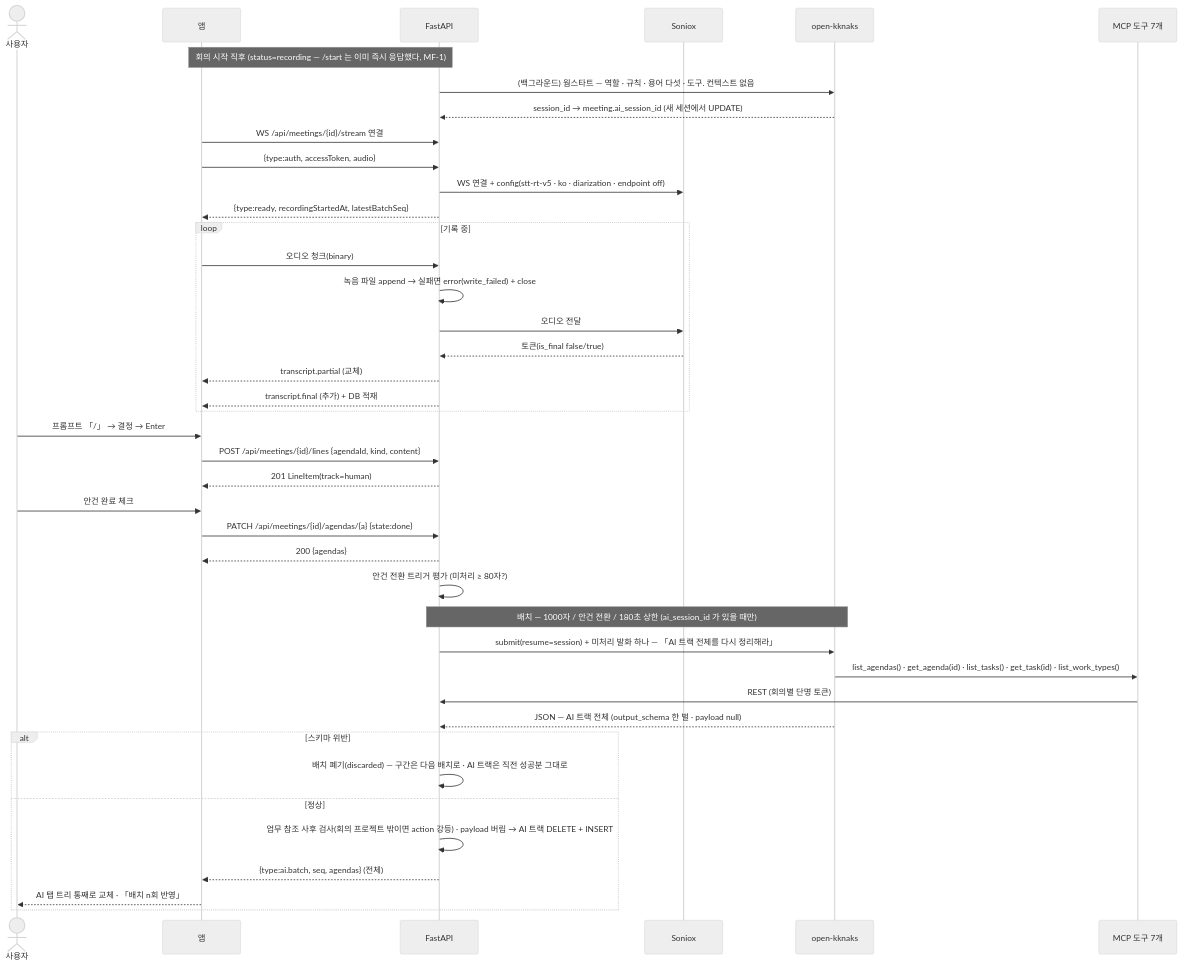
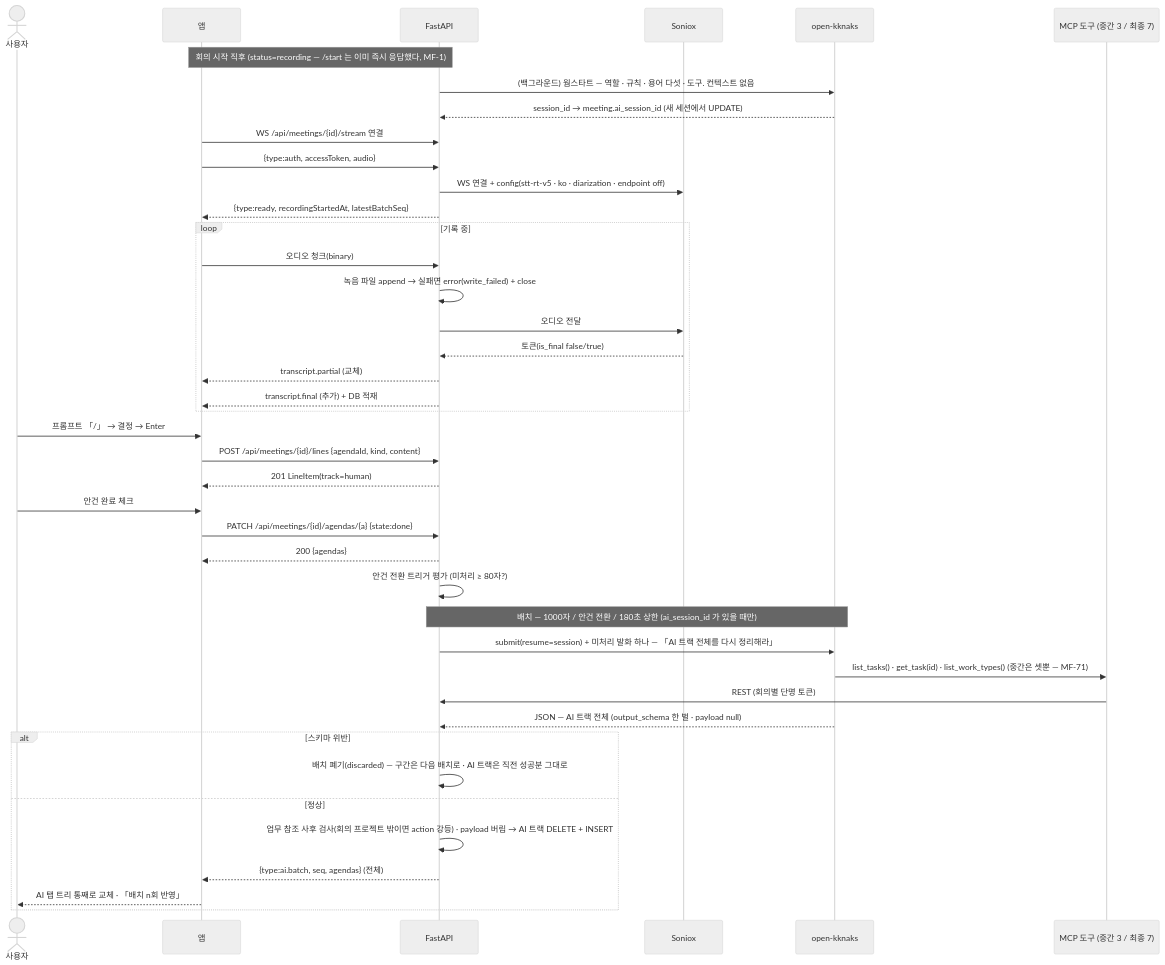
The first of 2 diagrams in para/projects/summer-star/task-management/20-spec/spec-007-meeting-live.md (kknaks/kknaks_profile), drawn with Mermaid (neutral theme) before and after one commit. The commit also changed other lines of this file and 21 other files, not shown here.

````diff
--- a/para/projects/summer-star/task-management/20-spec/spec-007-meeting-live.md
+++ b/para/projects/summer-star/task-management/20-spec/spec-007-meeting-live.md
@@ -519,47 +530,47 @@
 ```mermaid
 sequenceDiagram
     actor User as 사용자
     participant FE as 앱
     participant BE as FastAPI
     participant SX as Soniox
     participant Q as open-kknaks
-    participant M as MCP 도구 7개
+    participant M as MCP 도구 (중간 3 / 최종 7)
 
     Note over FE,BE: 회의 시작 직후 (status=recording — /start 는 이미 즉시 응답했다, MF-1)
     BE->>Q: (백그라운드) 웜스타트 — 역할 · 규칙 · 용어 다섯 · 도구. 컨텍스트 없음
     Q-->>BE: session_id → meeting.ai_session_id (새 세션에서 UPDATE)
     FE->>BE: WS /api/meetings/{id}/stream 연결
     FE->>BE: {type:auth, accessToken, audio}
     BE->>SX: WS 연결 + config(stt-rt-v5 · ko · diarization · endpoint off)
     BE-->>FE: {type:ready, recordingStartedAt, latestBatchSeq}
     loop 기록 중
         FE->>BE: 오디오 청크(binary)
         BE->>BE: 녹음 파일 append → 실패면 error(write_failed) + close
         BE->>SX: 오디오 전달
         SX-->>BE: 토큰(is_final false/true)
         BE-->>FE: transcript.partial (교체)
         BE-->>FE: transcript.final (추가) + DB 적재
     end
 
     User->>FE: 프롬프트 「/」 → 결정 → Enter
     FE->>BE: POST /api/meetings/{id}/lines {agendaId, kind, content}
     BE-->>FE: 201 LineItem(track=human)
 
     User->>FE: 안건 완료 체크
     FE->>BE: PATCH /api/meetings/{id}/agendas/{a} {state:done}
     BE-->>FE: 200 {agendas}
     BE->>BE: 안건 전환 트리거 평가 (미처리 ≥ 80자?)
 
     Note over BE,Q: 배치 — 1000자 / 안건 전환 / 180초 상한 (ai_session_id 가 있을 때만)
     BE->>Q: submit(resume=session) + 미처리 발화 하나 — 「AI 트랙 전체를 다시 정리해라」
-    Q->>M: list_agendas() · get_agenda(id) · list_tasks() · get_task(id) · list_work_types()
+    Q->>M: list_tasks() · get_task(id) · list_work_types()  (중간은 셋뿐 — MF-71)
     M->>BE: REST (회의별 단명 토큰)
     Q-->>BE: JSON — AI 트랙 전체 (output_schema 한 벌 · payload null)
     alt 스키마 위반
         BE->>BE: 배치 폐기(discarded) — 구간은 다음 배치로 · AI 트랙은 직전 성공분 그대로
     else 정상
         BE->>BE: 업무 참조 사후 검사(회의 프로젝트 밖이면 action 강등) · payload 버림 → AI 트랙 DELETE + INSERT
         BE-->>FE: {type:ai.batch, seq, agendas}  (전체)
         FE-->>User: AI 탭 트리 통째로 교체 · 「배치 n회 반영」
     end
 ```
````
